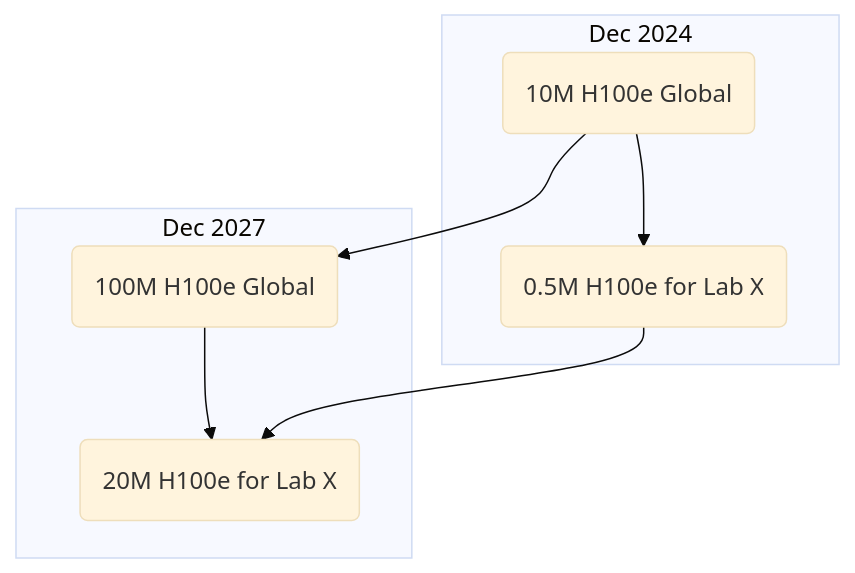
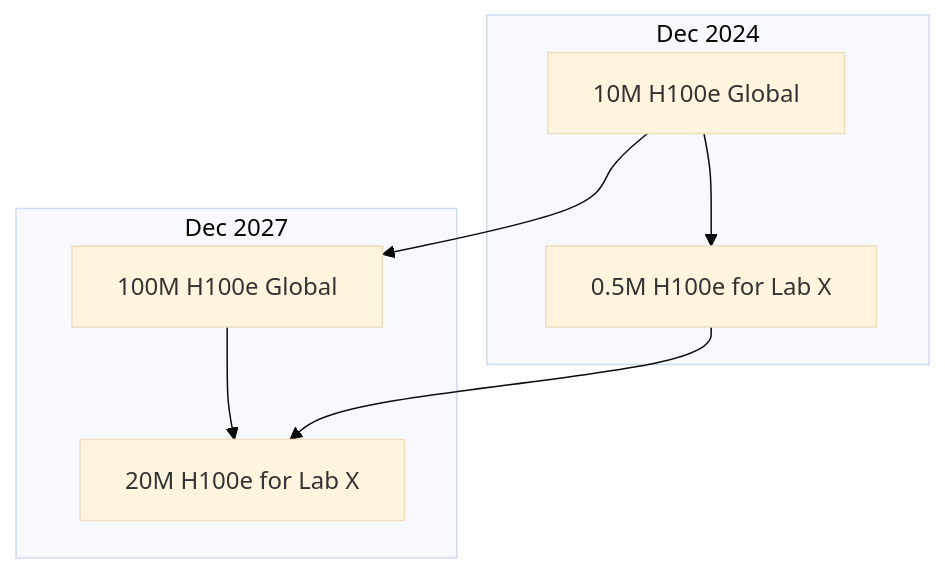
The second of 4 diagrams in slides.md (mldangelo/eairg-coding-agent-talk), drawn with Mermaid (base theme) before and after one commit. The commit also changed other lines of this file and 2 other files, not shown here.

````diff
--- a/slides.md
+++ b/slides.md
@@ -202,11 +202,11 @@
 ```mermaid
 graph TD
-    subgraph Dec 2024
-        A(10M H100e Global) --> B(0.5M H100e for Lab X);
+    subgraph Dec2024["Dec 2024"]
+        A["10M H100e Global"] --> B["0.5M H100e for Lab X"]
     end
-    subgraph Dec 2027
-        C(100M H100e Global) --> D(20M H100e for Lab X);
+    subgraph Dec2027["Dec 2027"]
+        C["100M H100e Global"] --> D["20M H100e for Lab X"]
     end
-    A --> C;
-    B --> D;
+    A --> C
+    B --> D
 ```
````
